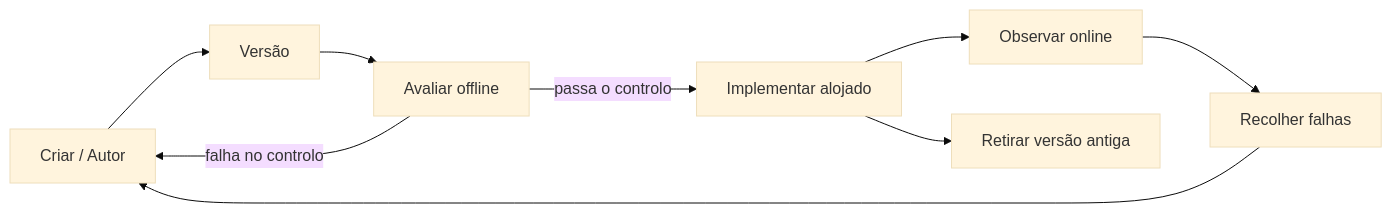
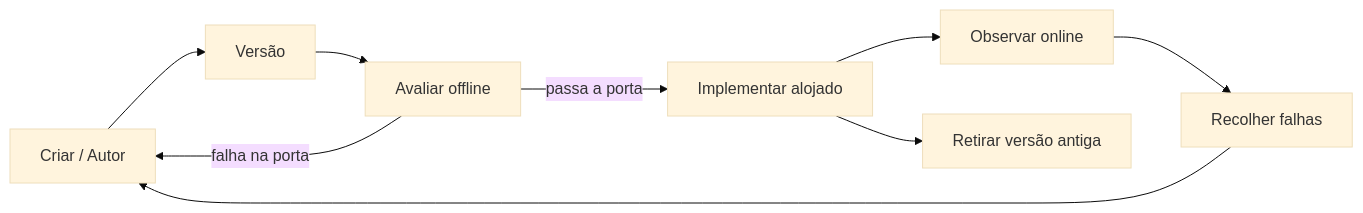
One commit to gabrielmoreira/agent-skills-mirror changed the second of 4 diagrams in mirrors/repos/microsoft@ai-agents-for-beginners/translations/pt-PT/16-deploying-scalable-agents/README.md. Above: the diagram before and after it, drawn with Mermaid (base theme). The commit also changed other lines of this file and 3581 other files, not shown here.

````diff
--- a/mirrors/repos/microsoft@ai-agents-for-beginners/translations/pt-PT/16-deploying-scalable-agents/README.md
+++ b/mirrors/repos/microsoft@ai-agents-for-beginners/translations/pt-PT/16-deploying-scalable-agents/README.md
@@ -108,11 +108,11 @@
 ```mermaid
 flowchart LR
     Create[Criar / Autor] --> Version[Versão]
     Version --> Evaluate[Avaliar offline]
-    Evaluate -->|passa o controlo| Deploy[Implementar alojado]
-    Evaluate -->|falha no controlo| Create
+    Evaluate -->|passa a porta| Deploy[Implementar alojado]
+    Evaluate -->|falha na porta| Create
     Deploy --> Observe[Observar online]
     Observe --> Improve[Recolher falhas]
     Improve --> Create
     Deploy --> Retire[Retirar versão antiga]
 ```
````
